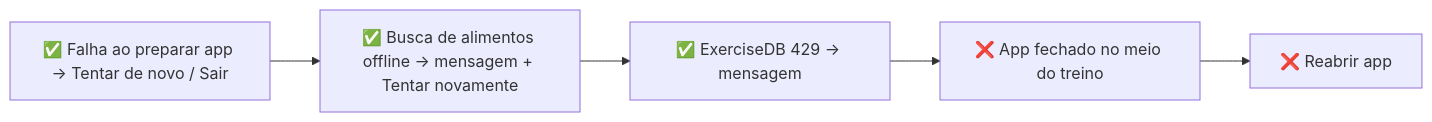
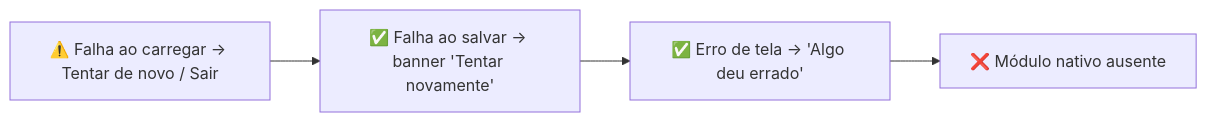
One commit to willians-e-silva/treina changed the seventh of 7 diagrams in audit/analysis.md. Above: the diagram before and after it, drawn with Mermaid. The commit also changed other lines of this file and 22 other files, not shown here.

````diff
--- a/audit/analysis.md
+++ b/audit/analysis.md
@@ -2044,12 +2156,10 @@
 ```mermaid
 flowchart LR
-  s0["✅ Falha ao preparar app → Tentar de novo / Sair"]
-  s1["✅ Busca de alimentos offline → mensagem + Tentar novamente"]
+  s0["⚠️ Falha ao carregar → Tentar de novo / Sair"]
+  s1["✅ Falha ao salvar → banner 'Tentar novamente'"]
   s0 --> s1
-  s2["✅ ExerciseDB 429 → mensagem"]
+  s2["✅ Erro de tela → 'Algo deu errado'"]
   s1 --> s2
-  s3["❌ App fechado no meio do treino"]
+  s3["❌ Módulo nativo ausente"]
   s2 --> s3
-  s4["❌ Reabrir app"]
-  s3 --> s4
 ```
````
